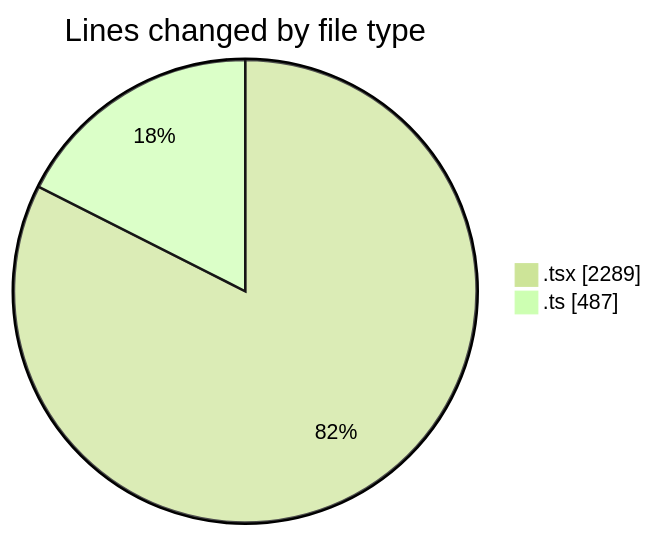
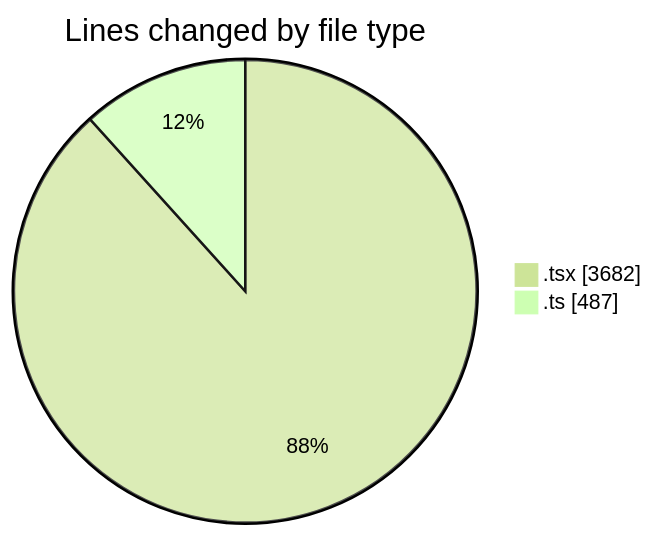
The first of 2 diagrams in 2026-03-31/nxtqube_webapp/README.md (nxtqubesakshisongat/code-tracking), drawn with Mermaid (forest theme) before and after one commit. The commit also changed other lines of this file and 1 other file, not shown here.

````diff
--- a/2026-03-31/nxtqube_webapp/README.md
+++ b/2026-03-31/nxtqube_webapp/README.md
@@ -23,6 +23,6 @@
 ```mermaid
 pie showData
 title Lines changed by file type
-".tsx" : 2289
+".tsx" : 3682
 ".ts" : 487
 ```
````
